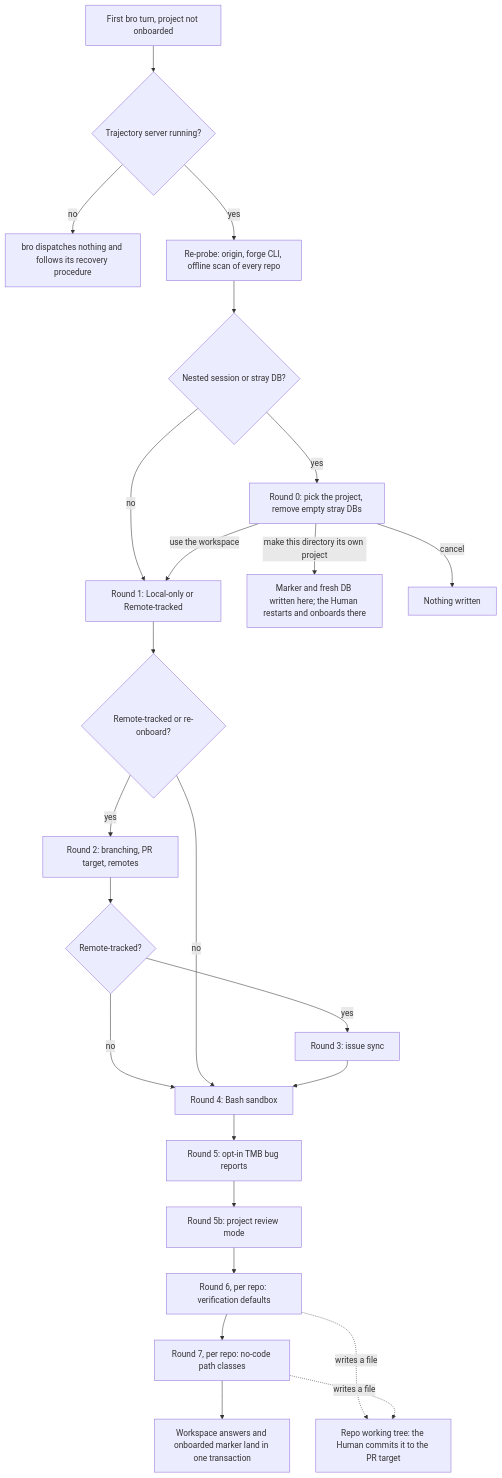
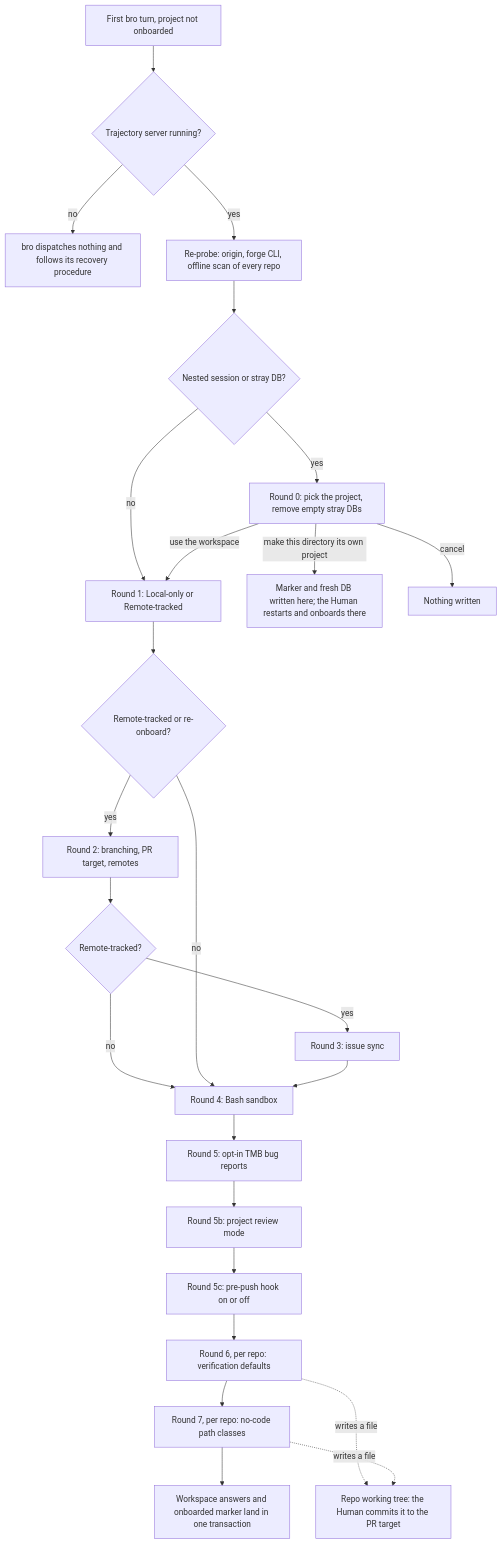
One commit to trustmybot/plugin changed the diagram in docs/architecture/ONBOARD.md. Above: the diagram before and after it, drawn with Mermaid. The commit also changed other lines of this file and 19 other files, not shown here.

Commit message:
✨ feat(push-gate): pre-push switch set only via /onboard (GH 3281)

````diff
--- a/docs/architecture/ONBOARD.md
+++ b/docs/architecture/ONBOARD.md
@@ -5,26 +5,27 @@
 ```mermaid
 flowchart TD
     A[First bro turn, project not onboarded] --> S{Trajectory server running?}
     S -- no --> X1[bro dispatches nothing and follows its recovery procedure]
     S -- yes --> B[Re-probe: origin, forge CLI, offline scan of every repo]
     B --> R0{Nested session or stray DB?}
     R0 -- yes --> C0[Round 0: pick the project, remove empty stray DBs]
     R0 -- no --> C1
     C0 -- use the workspace --> C1[Round 1: Local-only or Remote-tracked]
     C0 -- make this directory its own project --> Z1[Marker and fresh DB written here; the Human restarts and onboards there]
     C0 -- cancel --> Z2[Nothing written]
     C1 --> RT{Remote-tracked or re-onboard?}
     RT -- yes --> C2[Round 2: branching, PR target, remotes]
     C2 --> RS{Remote-tracked?}
     RS -- yes --> C3[Round 3: issue sync]
     RS -- no --> C4
     RT -- no --> C4
     C3 --> C4[Round 4: Bash sandbox]
     C4 --> C5[Round 5: opt-in TMB bug reports]
     C5 --> C5b[Round 5b: project review mode]
-    C5b --> C6[Round 6, per repo: verification defaults]
+    C5b --> C5c[Round 5c: pre-push hook on or off]
+    C5c --> C6[Round 6, per repo: verification defaults]
     C6 --> C7[Round 7, per repo: no-code path classes]
     C7 --> D[Workspace answers and onboarded marker land in one transaction]
     C6 -. writes a file .-> F[Repo working tree: the Human commits it to the PR target]
     C7 -. writes a file .-> F
 ```
````
